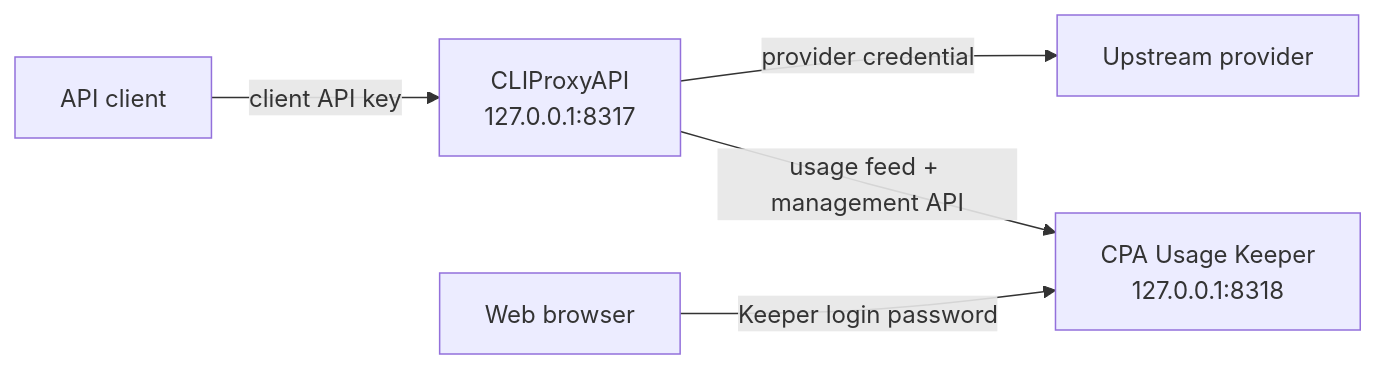
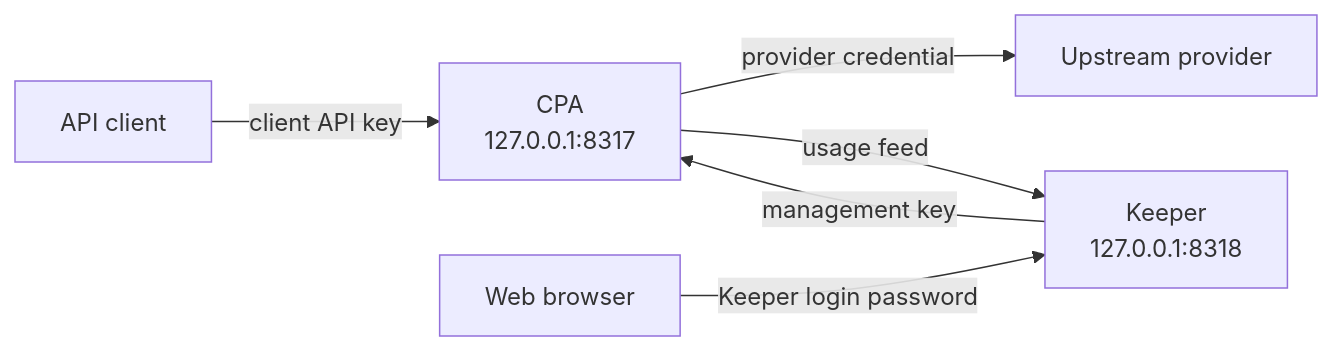
One commit to alexypdu/cpa-stack changed the diagram in README.md. Above: the diagram before and after it, drawn with Mermaid. The commit also changed other lines of this file and 35 other files, not shown here.

````diff
--- a/README.md
+++ b/README.md
@@ -7,7 +83,8 @@
 ```mermaid
 flowchart LR
-    Client[API client] -->|client API key| CPA[CLIProxyAPI\n127.0.0.1:8317]
-    CPA -->|provider credential| Provider[Upstream provider]
-    CPA -->|usage feed + management API| Keeper[CPA Usage Keeper\n127.0.0.1:8318]
-    Browser[Web browser] -->|Keeper login password| Keeper
+    Client["API client"] -->|client API key| CPA["CPA<br/>127.0.0.1:8317"]
+    CPA -->|provider credential| Provider["Upstream provider"]
+    Keeper["Keeper<br/>127.0.0.1:8318"] -->|management key| CPA
+    CPA -->|usage feed| Keeper
+    Browser["Web browser"] -->|Keeper login password| Keeper
 ```
````
